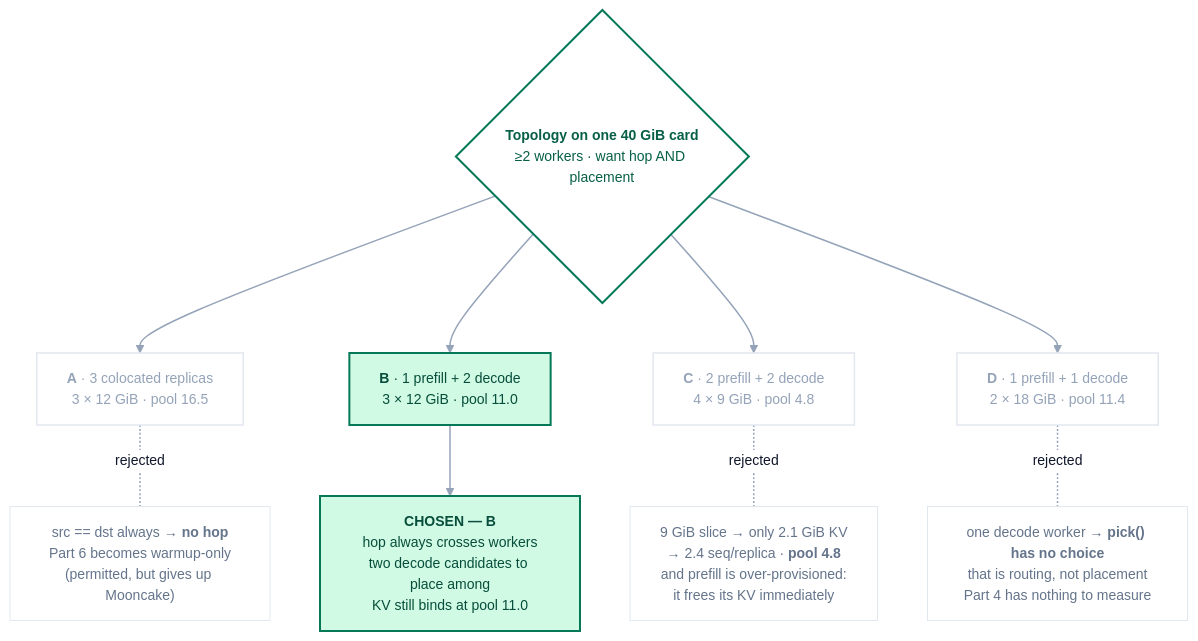
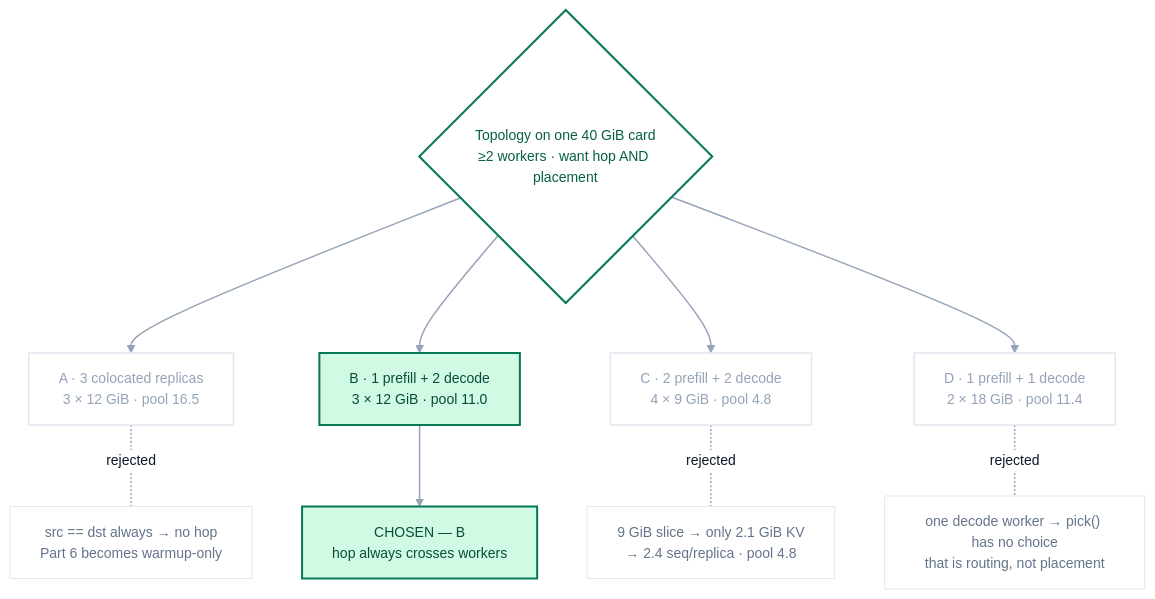
One commit to harshuljain13/Dodona changed the fourth of 7 diagrams in SUBMISSION.md. Above: the diagram before and after it, drawn with Mermaid. The commit also changed other lines of this file and 17 other files, not shown here.

````diff
--- a/SUBMISSION.md
+++ b/SUBMISSION.md
@@ -485,51 +485,51 @@
 ```mermaid
 %%{init: {'theme':'base','themeVariables':{
   'fontFamily':'ui-sans-serif, -apple-system, Segoe UI, Inter, Helvetica, Arial, sans-serif','fontSize':'14px',
   'primaryColor':'#ecfdf5','primaryTextColor':'#0f172a','primaryBorderColor':'#059669',
   'secondaryColor':'#f8fafc','tertiaryColor':'#ffffff',
   'lineColor':'#94a3b8','textColor':'#1e293b',
   'clusterBkg':'#ffffff','clusterBorder':'#a7f3d0',
   'edgeLabelBackground':'#ffffff','nodeBorder':'#059669'
 }}}%%
 flowchart TD
-    S{"<b>Topology on one 40 GiB card</b><br/>≥2 workers · want hop AND placement"}
+    S{"Topology on one 40 GiB card<br/>≥2 workers · want hop AND placement"}
 
-    A["<b>A</b> · 3 colocated replicas<br/>3 × 12 GiB · pool 16.5"]
-    B["<b>B</b> · 1 prefill + 2 decode<br/>3 × 12 GiB · pool 11.0"]
-    C["<b>C</b> · 2 prefill + 2 decode<br/>4 × 9 GiB · pool 4.8"]
-    D["<b>D</b> · 1 prefill + 1 decode<br/>2 × 18 GiB · pool 11.4"]
+    A["A · 3 colocated replicas<br/>3 × 12 GiB · pool 16.5"]
+    B["B · 1 prefill + 2 decode<br/>3 × 12 GiB · pool 11.0"]
+    C["C · 2 prefill + 2 decode<br/>4 × 9 GiB · pool 4.8"]
+    D["D · 1 prefill + 1 decode<br/>2 × 18 GiB · pool 11.4"]
 
-    AX["src == dst always → <b>no hop</b><br/>Part 6 becomes warmup-only<br/>(permitted, but gives up Mooncake)"]
-    CX["9 GiB slice → only 2.1 GiB KV<br/>→ 2.4 seq/replica · <b>pool 4.8</b><br/>and prefill is over-provisioned:<br/>it frees its KV immediately"]
-    DX["one decode worker → <b>pick() has no choice</b><br/>that is routing, not placement<br/>Part 4 has nothing to measure"]
+    AX["src == dst always → no hop<br/>Part 6 becomes warmup-only"]
+    CX["9 GiB slice → only 2.1 GiB KV<br/>→ 2.4 seq/replica · pool 4.8"]
+    DX["one decode worker → pick() has no choice<br/>that is routing, not placement"]
 
-    FIN["<b>CHOSEN — B</b><br/>hop always crosses workers<br/>two decode candidates to place among<br/>KV still binds at pool 11.0"]
+    FIN["CHOSEN — B<br/>hop always crosses workers"]
 
     S --> A & B & C & D
     A -.-|"rejected"| AX
     C -.-|"rejected"| CX
     D -.-|"rejected"| DX
     B ==> FIN
 
     class B,FIN pick
     class S gate
     class A,C,D dead
     class AX,CX,DX note
 
     classDef primary   fill:#ecfdf5,stroke:#059669,stroke-width:1.5px,color:#0f172a
     classDef secondary fill:#f0fdf4,stroke:#16a34a,stroke-width:1.5px,color:#0f172a
     classDef accent    fill:#ffffff,stroke:#059669,stroke-width:1.5px,color:#0f172a
     classDef decision  fill:#ffffff,stroke:#047857,stroke-width:2px,color:#065f46
     classDef gate      fill:#ffffff,stroke:#047857,stroke-width:2px,color:#065f46
     classDef data      fill:#f0fdf4,stroke:#16a34a,stroke-width:1.5px,color:#0f172a
     classDef neutral   fill:#f8fafc,stroke:#cbd5e1,stroke-width:1.5px,color:#475569
     classDef success   fill:#d1fae5,stroke:#047857,stroke-width:1.5px,color:#065f46
     classDef out       fill:#d1fae5,stroke:#047857,stroke-width:1.5px,color:#065f46
     classDef input     fill:#ffffff,stroke:#94a3b8,stroke-width:1.5px,color:#334155
     classDef highlight fill:#dcfce7,stroke:#15803d,stroke-width:1.5px,color:#14532d
     classDef pick      fill:#d1fae5,stroke:#047857,stroke-width:2px,color:#064e3b
     classDef alt       fill:#ecfdf5,stroke:#059669,stroke-width:1.5px,color:#0f172a
     classDef dead      fill:#ffffff,stroke:#e2e8f0,stroke-width:1.5px,color:#94a3b8
     classDef note      fill:#ffffff,stroke:#e2e8f0,stroke-width:1px,color:#64748b
     linkStyle default stroke:#94a3b8,stroke-width:1.5px
 ```
````
